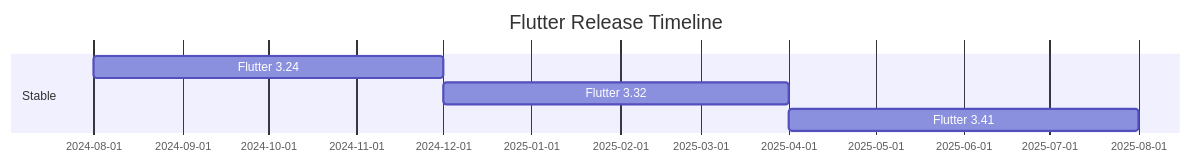
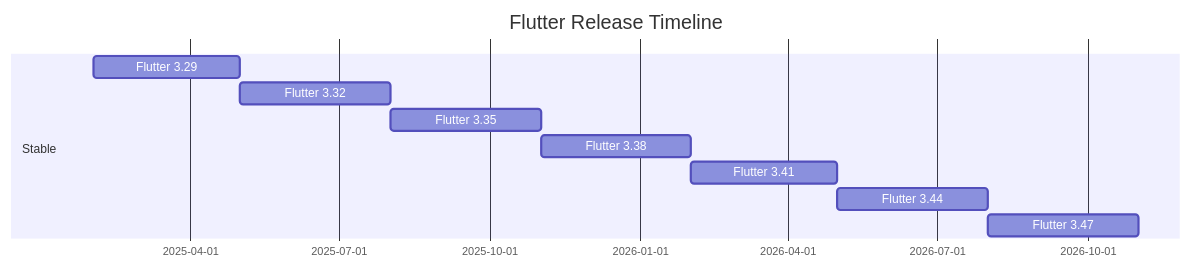
Before and after one commit to IDUCDEV/clean_arquitecture_guide: the diagram in 17-MANTENIMIENTO-DEPENDENCIAS/06-deprecacion-eol-migraciones.md, drawn with Mermaid. The commit also changed other lines of this file and 82 other files, not shown here.

````diff
--- a/17-MANTENIMIENTO-DEPENDENCIAS/06-deprecacion-eol-migraciones.md
+++ b/17-MANTENIMIENTO-DEPENDENCIAS/06-deprecacion-eol-migraciones.md
@@ -137,9 +137,13 @@
 ```mermaid
 gantt
     title Flutter Release Timeline
     dateFormat  YYYY-MM
     section Stable
-    Flutter 3.24  :2024-08, 2024-12
-    Flutter 3.32  :2024-12, 2025-04
-    Flutter 3.41  :2025-04, 2025-08
+    Flutter 3.29  :2025-02, 2025-05
+    Flutter 3.32  :2025-05, 2025-08
+    Flutter 3.35  :2025-08, 2025-11
+    Flutter 3.38  :2025-11, 2026-02
+    Flutter 3.41  :2026-02, 2026-05
+    Flutter 3.44  :2026-05, 2026-08
+    Flutter 3.47  :2026-08, 2026-11
 ```
````
